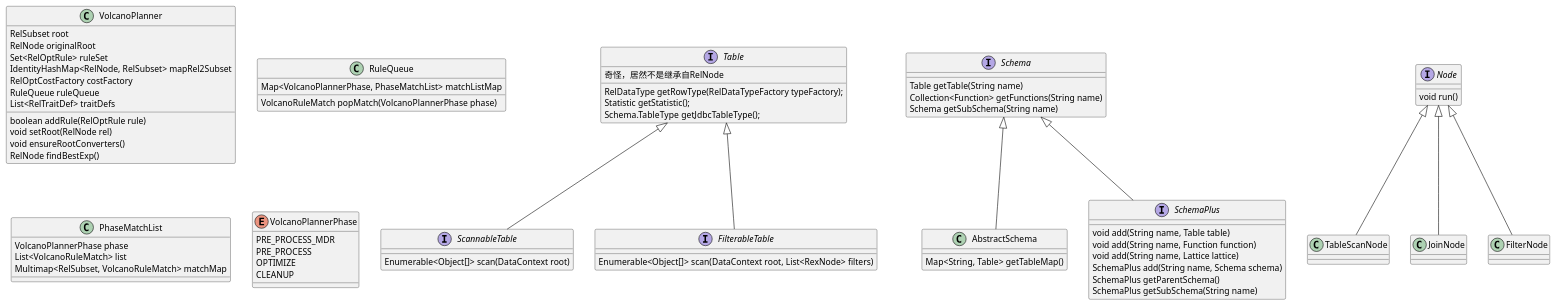
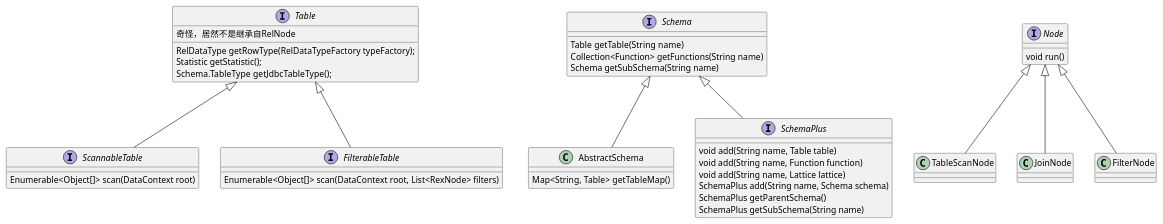
The third of 3 diagrams in scwf/calcite.puml (scwf/flink-hello), drawn with PlantUML before and after one commit. The commit also changed other lines of this file, not shown here.

Commit message:
modify calcite puml

```diff
--- a/scwf/calcite.puml
+++ b/scwf/calcite.puml
@@ -91,86 +169,52 @@
 @startuml
-
-class VolcanoPlanner {
-  RelSubset root
-  RelNode originalRoot
-  Set<RelOptRule> ruleSet
-  IdentityHashMap<RelNode, RelSubset> mapRel2Subset
-  RelOptCostFactory costFactory
-  RuleQueue ruleQueue
-  List<RelTraitDef> traitDefs
-
-  boolean addRule(RelOptRule rule)
-  void setRoot(RelNode rel)
-  void ensureRootConverters()
-  RelNode findBestExp()
-}
-
-class RuleQueue {
-VolcanoRuleMatch popMatch(VolcanoPlannerPhase phase)
-Map<VolcanoPlannerPhase, PhaseMatchList> matchListMap
-}
-
-class PhaseMatchList {
-VolcanoPlannerPhase phase
-List<VolcanoRuleMatch> list
-Multimap<RelSubset, VolcanoRuleMatch> matchMap
-}
-
-enum VolcanoPlannerPhase {
-  PRE_PROCESS_MDR
-  PRE_PROCESS
-  OPTIMIZE
-  CLEANUP
-}
 
 Table <|-- ScannableTable
 Table <|-- FilterableTable
 Schema <|-- AbstractSchema
 Schema <|-- SchemaPlus
 
 interface Table {
   奇怪，居然不是继承自RelNode
   RelDataType getRowType(RelDataTypeFactory typeFactory);
   Statistic getStatistic();
   Schema.TableType getJdbcTableType();
 }
 interface ScannableTable {
  Enumerable<Object[]> scan(DataContext root)
 }
 interface FilterableTable {
 Enumerable<Object[]> scan(DataContext root, List<RexNode> filters)
 }
 
 interface Schema {
 Table getTable(String name)
 Collection<Function> getFunctions(String name)
 Schema getSubSchema(String name)
 }
 
 interface SchemaPlus {
   void add(String name, Table table)
   void add(String name, Function function)
   void add(String name, Lattice lattice)
   SchemaPlus add(String name, Schema schema)
   SchemaPlus getParentSchema()
   SchemaPlus getSubSchema(String name)
 }
 
 class AbstractSchema {
 Map<String, Table> getTableMap()
 }
 
 Node <|-- TableScanNode
 Node <|-- JoinNode
 Node <|-- FilterNode
 interface Node {
 void run()
 }
 class TableScanNode {
 }
 class JoinNode {
 }
 class FilterNode {
 }
-
 @enduml
```
